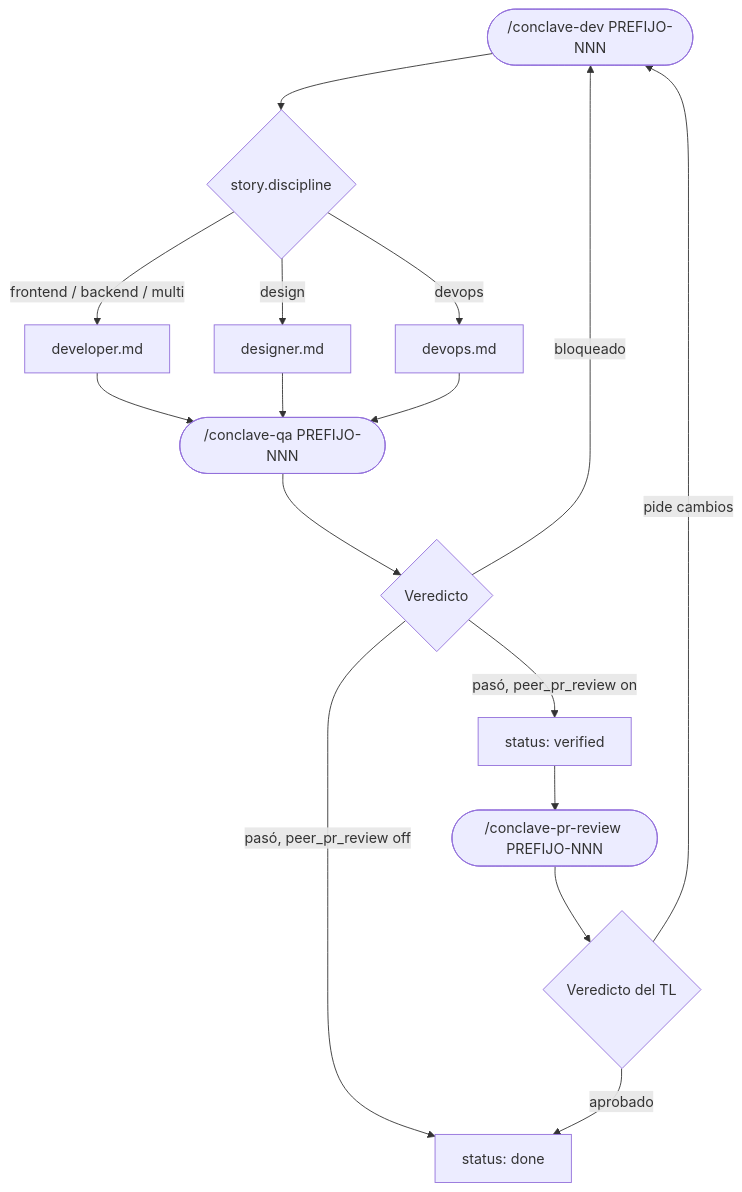
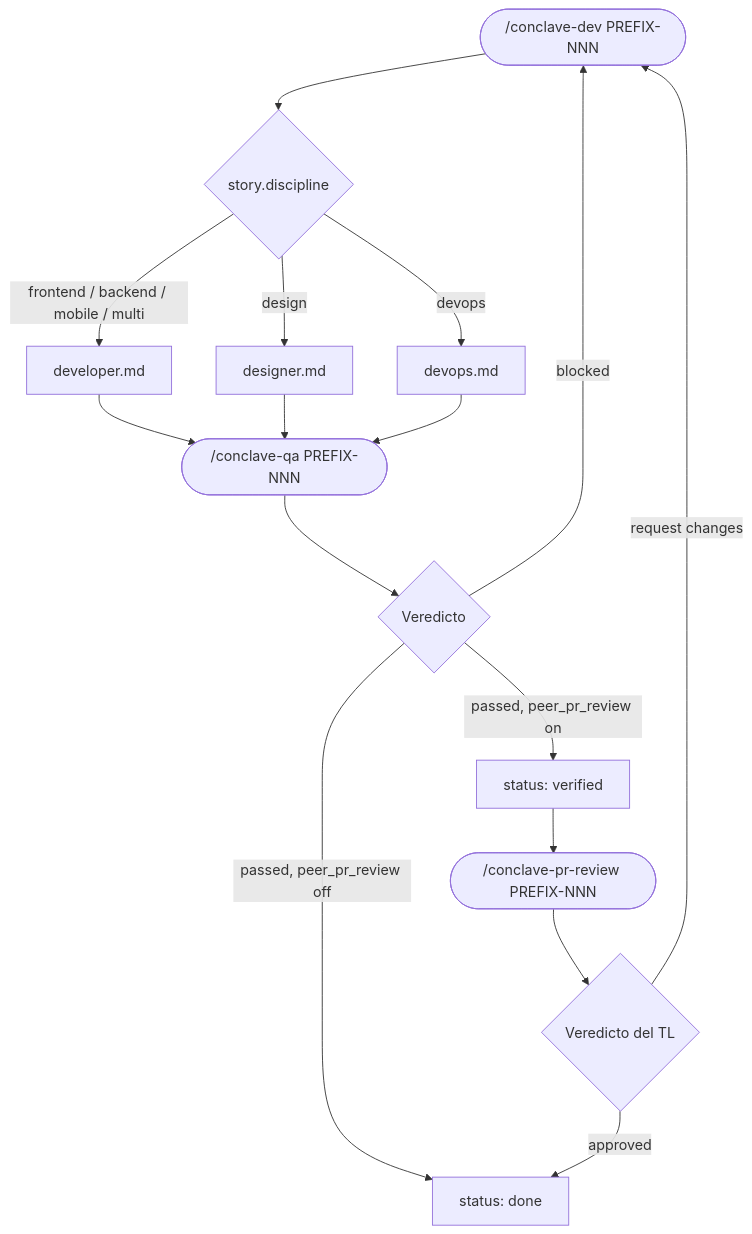
One commit to giolabs/conclave changed the fourth of 5 diagrams in site/content/es/workflow.mdx. Above: the diagram before and after it, drawn with Mermaid. The commit also changed other lines of this file and 56 other files, not shown here.

````diff
--- a/site/content/es/workflow.mdx
+++ b/site/content/es/workflow.mdx
@@ -52,21 +70,21 @@
 ```mermaid
 flowchart TD
-    Dev(["/conclave-dev PREFIJO-NNN"]) --> Route{"story.discipline"}
-    Route -->|frontend / backend / multi| Developer["developer.md"]
+    Dev(["/conclave-dev PREFIX-NNN"]) --> Route{"story.discipline"}
+    Route -->|frontend / backend / mobile / multi| Developer["developer.md"]
     Route -->|design| Designer["designer.md"]
     Route -->|devops| DevOps["devops.md"]
 
-    Developer --> QA(["/conclave-qa PREFIJO-NNN"])
+    Developer --> QA(["/conclave-qa PREFIX-NNN"])
     Designer --> QA
     DevOps --> QA
 
     QA --> Verdict{"Veredicto"}
-    Verdict -->|bloqueado| Dev
-    Verdict -->|"pasó, peer_pr_review off"| Done["status: done"]
-    Verdict -->|"pasó, peer_pr_review on"| Verified["status: verified"]
+    Verdict -->|blocked| Dev
+    Verdict -->|"passed, peer_pr_review off"| Done["status: done"]
+    Verdict -->|"passed, peer_pr_review on"| Verified["status: verified"]
 
-    Verified --> PRReview(["/conclave-pr-review PREFIJO-NNN"])
+    Verified --> PRReview(["/conclave-pr-review PREFIX-NNN"])
     PRReview --> TLVerdict{"Veredicto del TL"}
-    TLVerdict -->|pide cambios| Dev
-    TLVerdict -->|aprobado| Done
+    TLVerdict -->|request changes| Dev
+    TLVerdict -->|approved| Done
 ```
````
